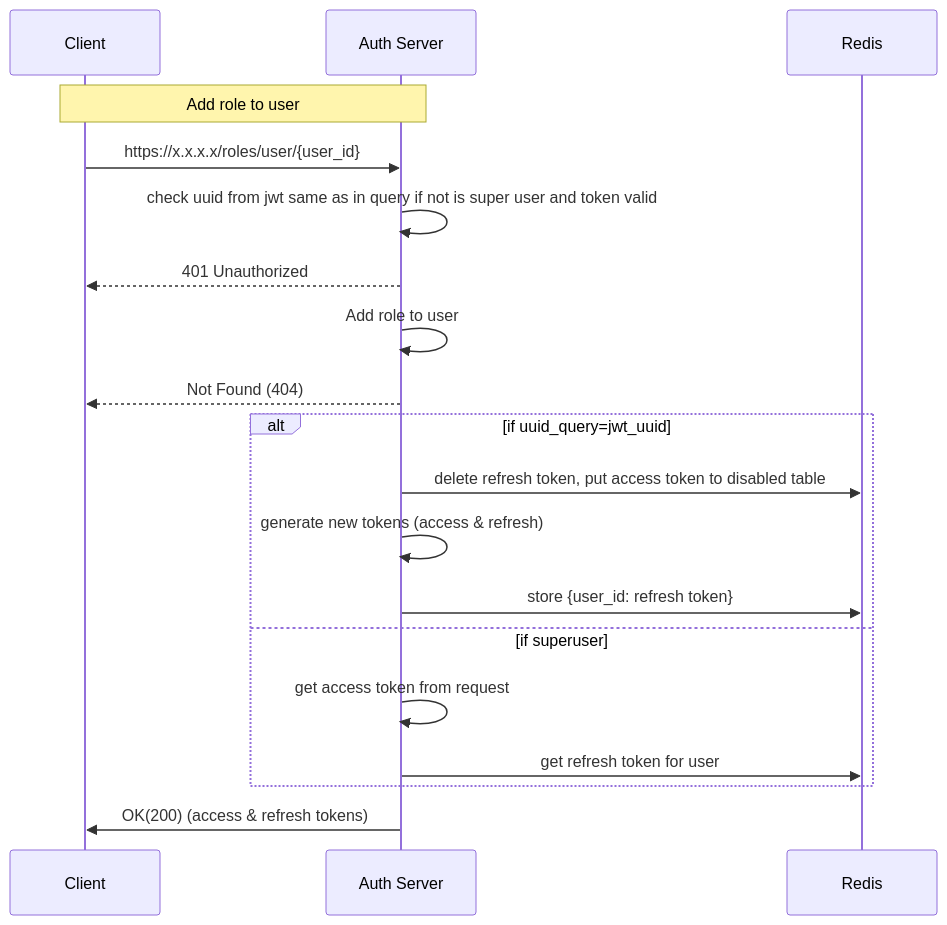
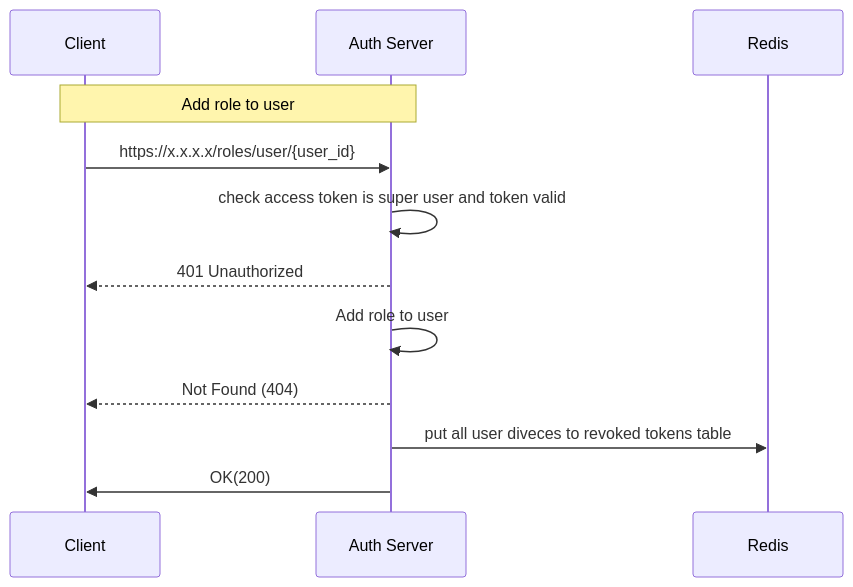
The diagram in Docs/2_roles/5_add_user_role.md (veselij/Auth_sprint_6_team_5), drawn with Mermaid before and after one commit. The commit also changed other lines of this file and 11 other files, not shown here.

````diff
--- a/Docs/2_roles/5_add_user_role.md
+++ b/Docs/2_roles/5_add_user_role.md
@@ -1,23 +1,16 @@
 ```mermaid
 sequenceDiagram
     participant C as Client  
     participant S as Auth Server
     participant R as Redis
 
 	Note over C, S: Add role to user
 	C->>S: https://x.x.x.x/roles/user/{user_id}
-	S->>S: check uuid from jwt same as in query if not is super user and token valid
+	S->>S: check access token is super user and token valid
 	S-->>C: 401 Unauthorized
 	S->>S: Add role to user
 	S-->>C: Not Found (404)
-	alt if uuid_query=jwt_uuid
-	S->>R: delete refresh token, put access token to disabled table
-	S->>S: generate new tokens (access & refresh)
-	S->>R: store {user_id: refresh token}
-	else if superuser
-	S->>S: get access token from request
-	S->>R: get refresh token for user
-	end
-	S->>C: OK(200) (access & refresh tokens)
+	S->>R: put all user diveces to revoked tokens table
+	S->>C: OK(200)
 
 ```
````
